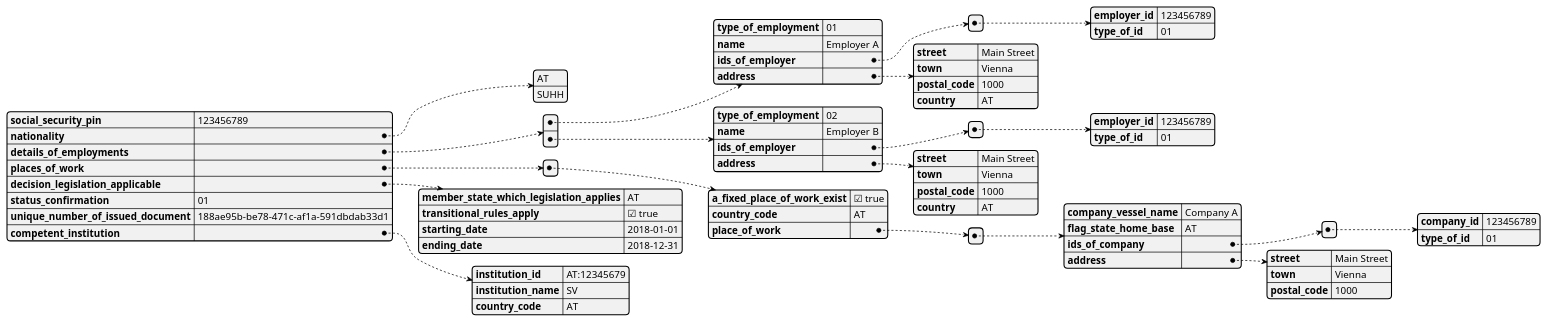
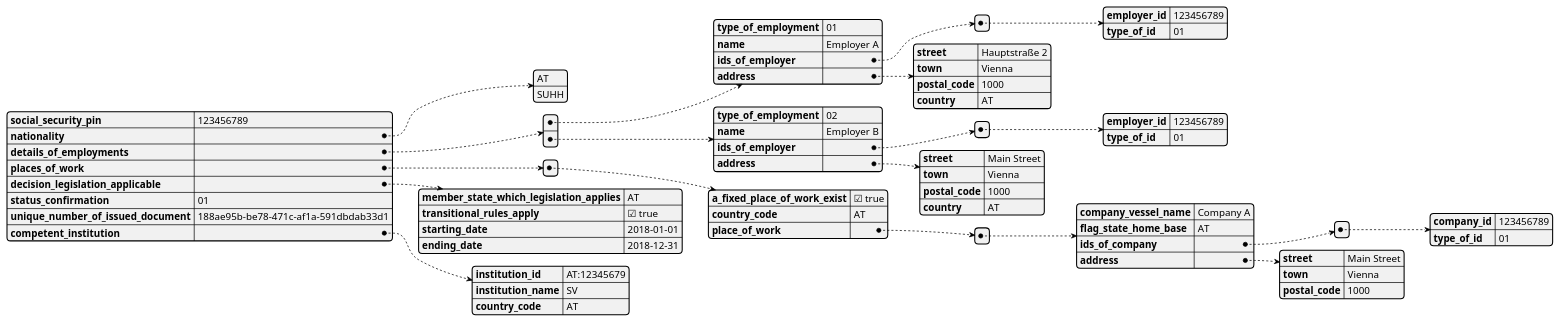
The diagram in standards/pda1.puml (ruediger-stickler/vc), drawn with PlantUML before and after one commit.

Commit message:
test dynamic diagram generation

```diff
--- a/standards/pda1.puml
+++ b/standards/pda1.puml
@@ -1,80 +1,80 @@
 @startjson
 #
 {
     "social_security_pin": "123456789",
     "nationality": [
         "AT",
         "SUHH"
     ],
     "details_of_employments": [
         {
             "type_of_employment": "01",
             "name": "Employer A",
             "ids_of_employer": [
                 {
                     "employer_id": "123456789",
                     "type_of_id": "01"
                 }
             ],
             "address": {
-                "street": "Main Street",
+                "street": "Hauptstraße 2",
                 "town": "Vienna",
                 "postal_code": "1000",
                 "country": "AT"
             }
         },
         {
             "type_of_employment": "02",
             "name": "Employer B",
             "ids_of_employer": [
                 {
                     "employer_id": "123456789",
                     "type_of_id": "01"
                 }
             ],
             "address": {
                 "street": "Main Street",
                 "town": "Vienna",
                 "postal_code": "1000",
                 "country": "AT"
             }
         }
     ],
     "places_of_work": [
         {
             "a_fixed_place_of_work_exist": true,
             "country_code": "AT",
             "place_of_work": [
                 {
                     "company_vessel_name": "Company A",
                     "flag_state_home_base": "AT",
                     "ids_of_company": [
                         {
                             "company_id": "123456789",
                             "type_of_id": "01"
                         }
                     ],
                     "address": {
                         "street": "Main Street",
                         "town": "Vienna",
                         "postal_code": "1000"
                     }
                 }
             ]
         }
     ],
     "decision_legislation_applicable": {
         "member_state_which_legislation_applies": "AT", //<xsd:pattern value='(AT|BE|BG|HR|CY|CZ|DK|EE|FI|FR|DE|EL|HU|IS|IE|IT|LV|LI|LT|LU|MT|NL|NO|PL|PT|RO|SK|SI|ES|SE|CH|UK){1}'/>
         "transitional_rules_apply": true,
         "starting_date": "2018-01-01",
         "ending_date": "2018-12-31" //for open period end date will be set to 2499-01-01, to ensure that the end date is not reached
     },
     "status_confirmation": "01", //A009 article_regulation_ec_no_8832004 01 -> 01, 02 -> 03
     "unique_number_of_issued_document": "188ae95b-be78-471c-af1a-591dbdab33d1",
     "competent_institution": {
         "institution_id": "AT:12345679", //<xsd:pattern value='(AT|BE|BG|HR|CY|CZ|DK|EE|FI|FR|DE|EL|HU|IS|IE|IT|LV|LI|LT|LU|MT|NL|NO|PL|PT|RO|SK|SI|ES|SE|CH|UK|EU):[a-zA-Z0-9]{4,10}' />
         "institution_name": "SV",
         "country_code": "AT" //<xsd:pattern value='(AT|BE|BG|HR|CY|CZ|DK|EE|FI|FR|DE|EL|HU|IS|IE|IT|LV|LI|LT|LU|MT|NL|NO|PL|PT|RO|SK|SI|ES|SE|CH|UK|EU){1}'/>
     }
 }
 @endjson
```
